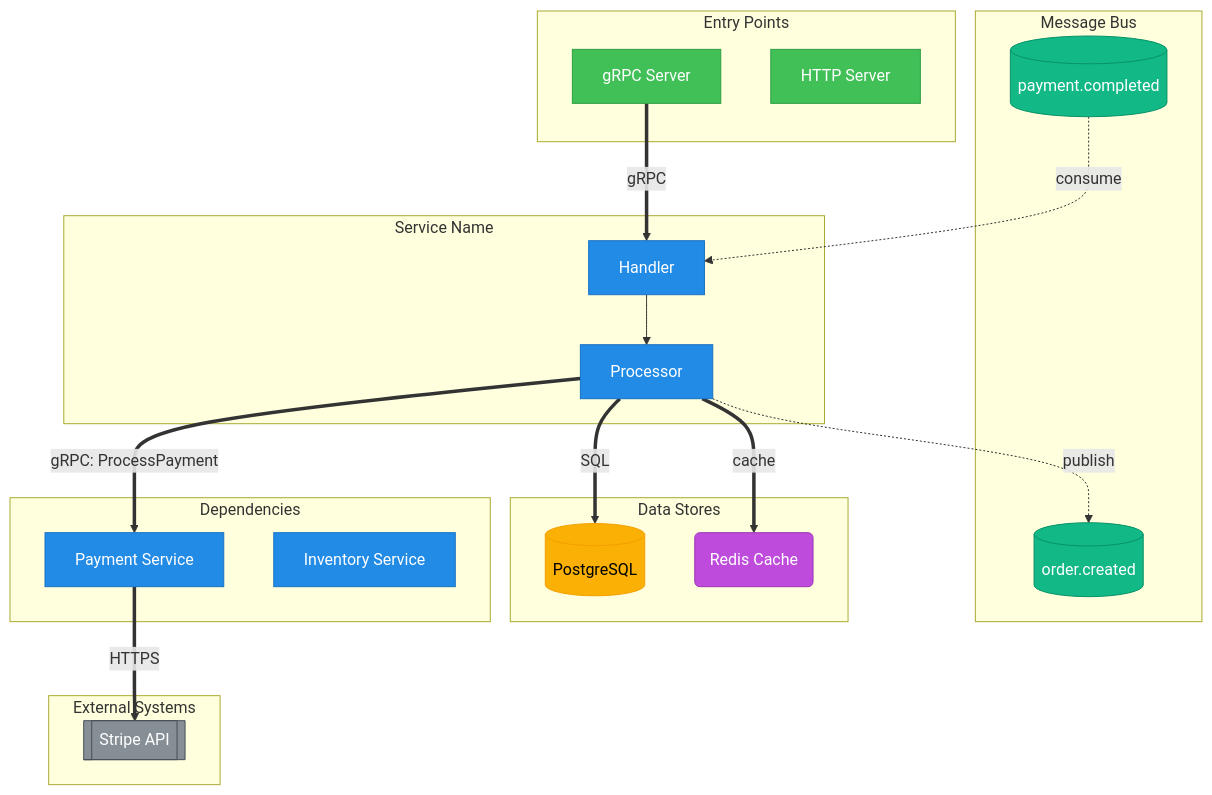
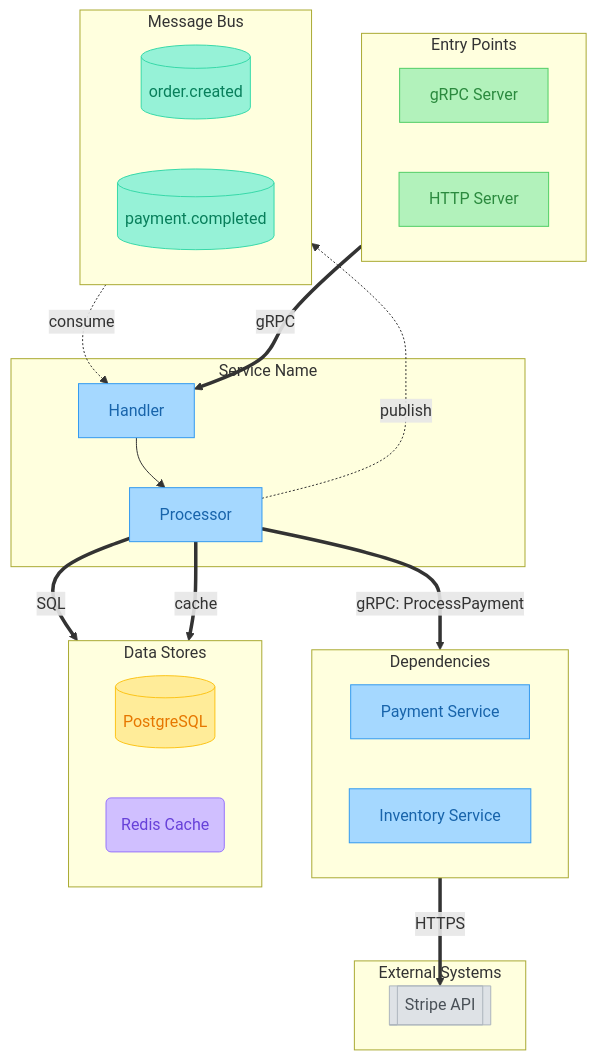
The first of 3 diagrams in prompts/phase2-generation.md (selimabeniacar/gemini-skills), drawn with Mermaid before and after one commit. The commit also changed other lines of this file and 4 other files, not shown here.

```diff
--- a/prompts/phase2-generation.md
+++ b/prompts/phase2-generation.md
@@ -64,17 +64,18 @@
     %% ========================================
     %% Style Definitions (REQUIRED)
     %% ========================================
-    classDef service fill:#228be6,stroke:#1971c2,color:#fff
-    classDef entry fill:#40c057,stroke:#2f9e44,color:#fff
-    classDef kafka fill:#12b886,stroke:#099268,color:#fff
-    classDef database fill:#fab005,stroke:#f59f00,color:#000
-    classDef cache fill:#be4bdb,stroke:#9c36b5,color:#fff
-    classDef external fill:#868e96,stroke:#495057,color:#fff
+    classDef service fill:#a5d8ff,stroke:#339af0,color:#1864ab
+    classDef entry fill:#b2f2bb,stroke:#51cf66,color:#2b8a3e
+    classDef kafka fill:#96f2d7,stroke:#38d9a9,color:#087f5b
+    classDef database fill:#ffec99,stroke:#fcc419,color:#e67700
+    classDef cache fill:#d0bfff,stroke:#9775fa,color:#6741d9
+    classDef external fill:#dee2e6,stroke:#adb5bd,color:#495057
 
     %% ========================================
-    %% Entry Points (leftmost)
+    %% Entry Points (TOP)
     %% ========================================
     subgraph entry ["Entry Points"]
+        direction LR
         E1[gRPC Server]
         E2[HTTP Server]
     end
@@ -89,8 +90,10 @@
 
     %% ========================================
     %% Dependent Services
+    %% Use direction LR to spread horizontally
     %% ========================================
     subgraph deps ["Dependencies"]
+        direction LR
         D1[Payment Service]
         D2[Inventory Service]
     end
@@ -99,6 +102,7 @@
     %% Message Bus
     %% ========================================
     subgraph kafka ["Message Bus"]
+        direction LR
         K1[(order.created)]
         K2[(payment.completed)]
     end
@@ -107,12 +111,13 @@
     %% Data Stores
     %% ========================================
     subgraph data ["Data Stores"]
+        direction LR
         DB1[(PostgreSQL)]
         C1(Redis Cache)
     end
 
     %% ========================================
-    %% External Systems (rightmost)
+    %% External Systems (BOTTOM)
     %% ========================================
     subgraph ext ["External Systems"]
         X1[[Stripe API]]
```
